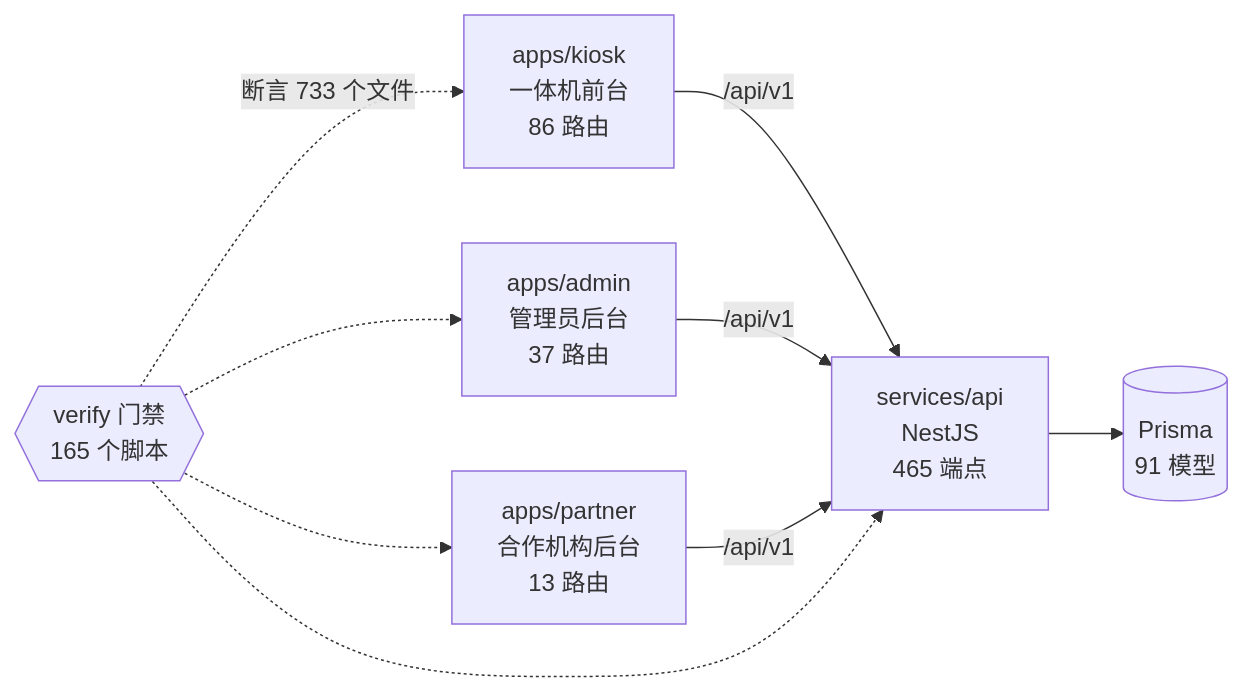
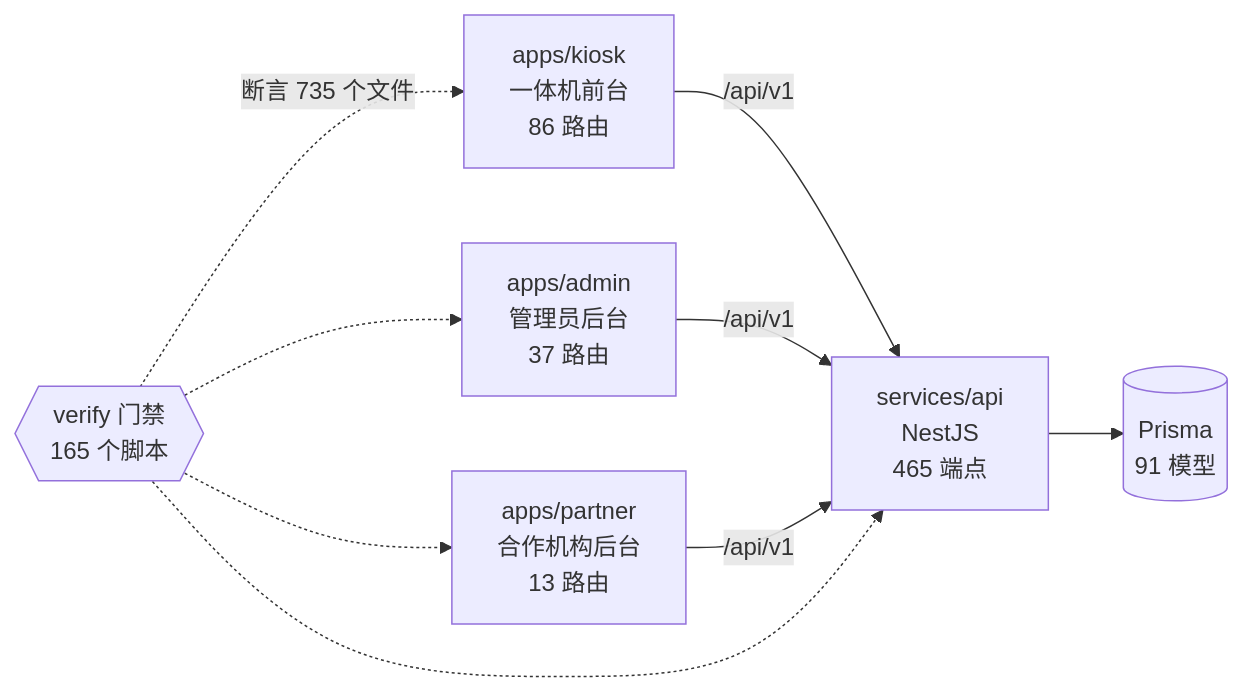
One commit to wanglei581/YITIJI changed the diagram in docs/graph/README.md. Above: the diagram before and after it, drawn with Mermaid. The commit also changed other lines of this file and 4 other files, not shown here.

First line of the commit message:
fix(graph): 提及索引不再按文件名张冠李戴，并把工具自身排出分析域

````diff
--- a/docs/graph/README.md
+++ b/docs/graph/README.md
@@ -68,18 +68,18 @@
 ```mermaid
 flowchart LR
   kiosk["apps/kiosk<br/>一体机前台<br/>86 路由"]
   admin["apps/admin<br/>管理员后台<br/>37 路由"]
   partner["apps/partner<br/>合作机构后台<br/>13 路由"]
   api["services/api<br/>NestJS<br/>465 端点"]
   db[("Prisma<br/>91 模型")]
   gates{{"verify 门禁<br/>165 个脚本"}}
 
   kiosk -->|"/api/v1"| api
   admin -->|"/api/v1"| api
   partner -->|"/api/v1"| api
   api --> db
-  gates -.->|"断言 733 个文件"| kiosk
+  gates -.->|"断言 735 个文件"| kiosk
   gates -.-> admin
   gates -.-> partner
   gates -.-> api
 ```
````
